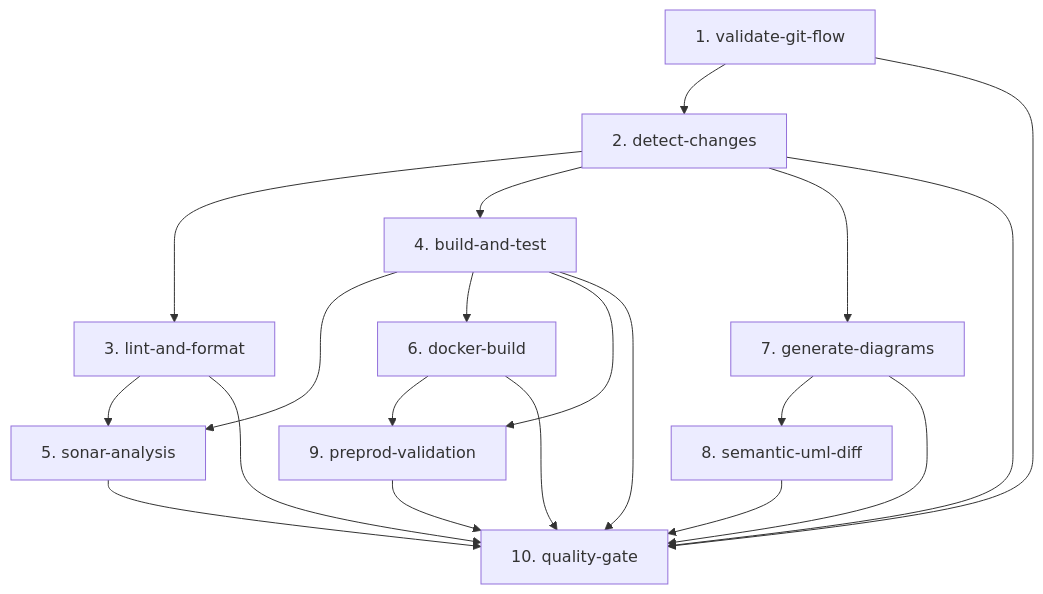
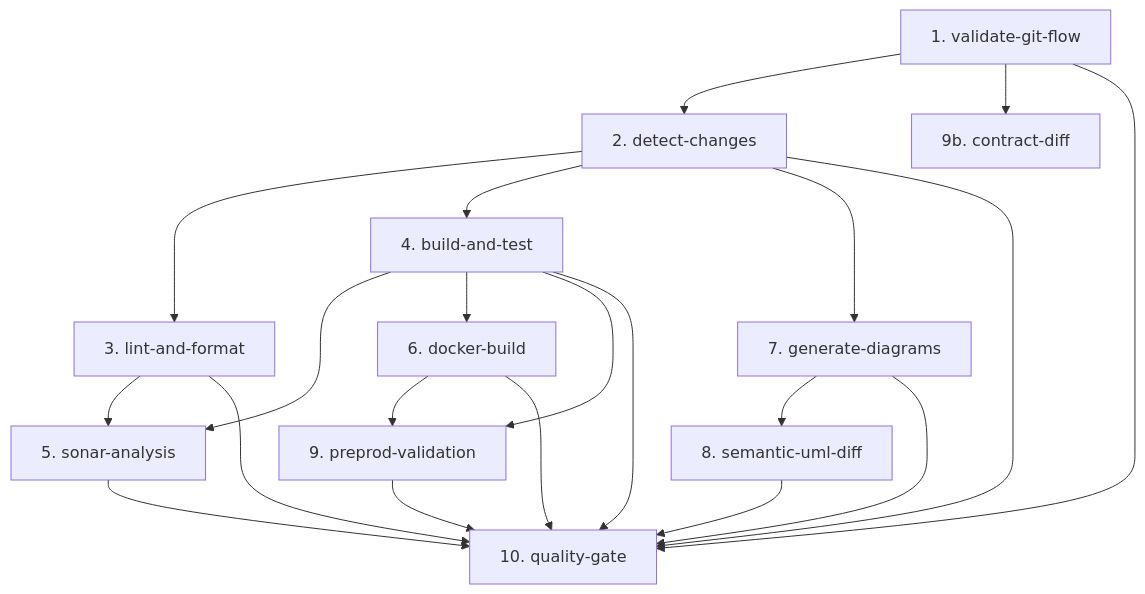
The first of 2 diagrams in docs/cicd/DonaTrack-CICD.md (tsorren/DonaTrack-TP-DDS), drawn with Mermaid before and after one commit. The commit also changed other lines of this file and 33 other files, not shown here.

````diff
--- a/docs/cicd/DonaTrack-CICD.md
+++ b/docs/cicd/DonaTrack-CICD.md
@@ -29,25 +30,26 @@
 ```mermaid
 graph TD
   validate-git-flow[1. validate-git-flow] --> detect-changes[2. detect-changes]
   detect-changes --> lint-and-format[3. lint-and-format]
   detect-changes --> build-and-test[4. build-and-test]
   detect-changes --> generate-diagrams[7. generate-diagrams]
 
   lint-and-format --> sonar-analysis[5. sonar-analysis]
   build-and-test --> sonar-analysis
   build-and-test --> docker-build[6. docker-build]
   build-and-test --> preprod-validation[9. preprod-validation]
   docker-build --> preprod-validation
+  validate-git-flow --> contract-diff[9b. contract-diff]
 
   generate-diagrams --> semantic-uml-diff[8. semantic-uml-diff]
 
   validate-git-flow --> quality-gate[10. quality-gate]
   detect-changes --> quality-gate
   lint-and-format --> quality-gate
   build-and-test --> quality-gate
   sonar-analysis --> quality-gate
   docker-build --> quality-gate
   generate-diagrams --> quality-gate
   semantic-uml-diff --> quality-gate
   preprod-validation --> quality-gate
 ```
````
